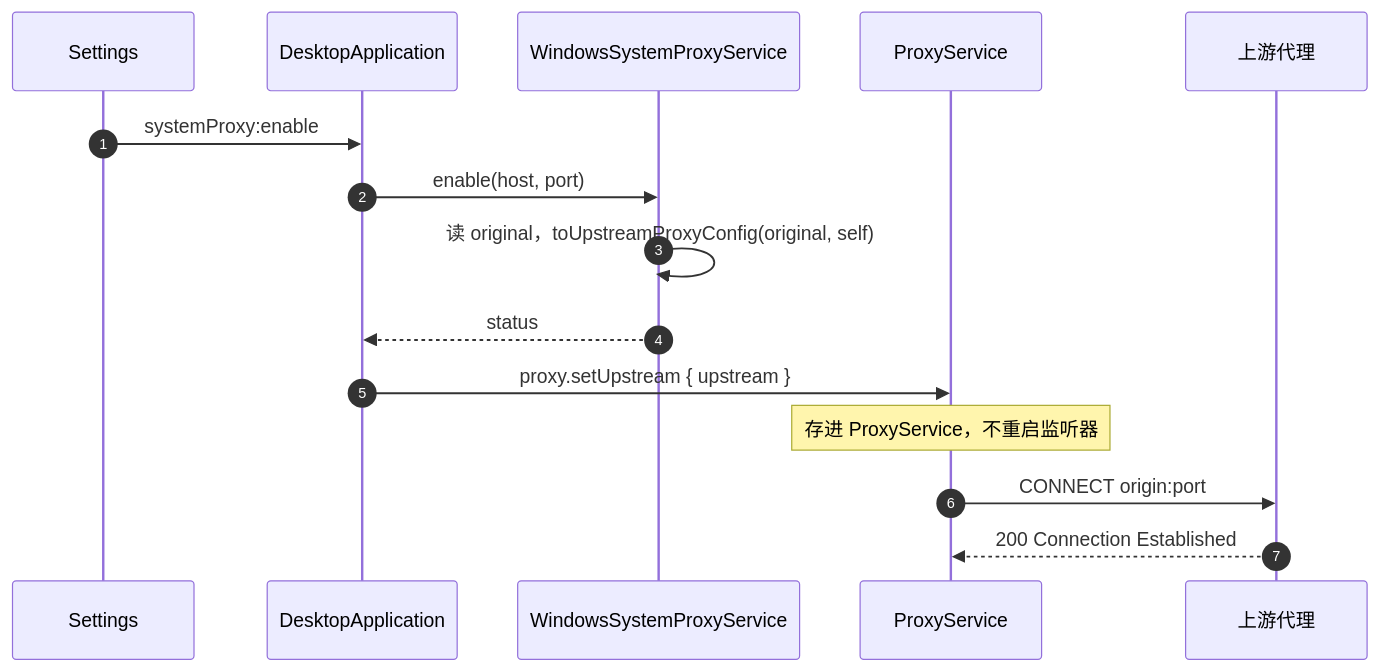
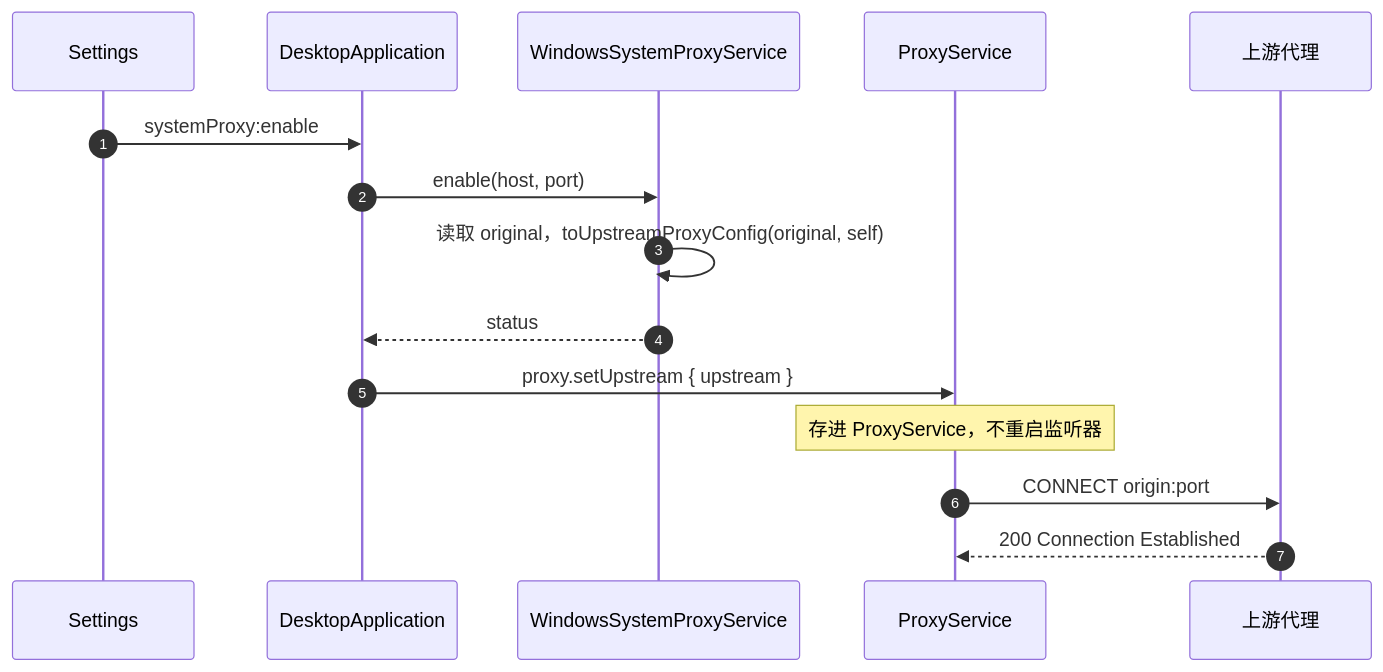
The fifth of 7 diagrams in architecture/features/settings.md (zhxmt-xm/Interceptor), drawn with Mermaid before and after one commit. The commit also changed other lines of this file and 44 other files, not shown here.

````diff
--- a/architecture/features/settings.md
+++ b/architecture/features/settings.md
@@ -213,19 +244,19 @@
 ```mermaid
 sequenceDiagram
     autonumber
     participant UI as Settings
     participant Main as DesktopApplication
     participant Svc as WindowsSystemProxyService
     participant Core as ProxyService
     participant Up as 上游代理
 
     UI->>Main: systemProxy:enable
     Main->>Svc: enable(host, port)
-    Svc->>Svc: 读 original，toUpstreamProxyConfig(original, self)
+    Svc->>Svc: 读取 original，toUpstreamProxyConfig(original, self)
     Svc-->>Main: status
     Main->>Core: proxy.setUpstream { upstream }
     Note over Core: 存进 ProxyService，不重启监听器
 
     Core->>Up: CONNECT origin:port
     Up-->>Core: 200 Connection Established
 ```
````
